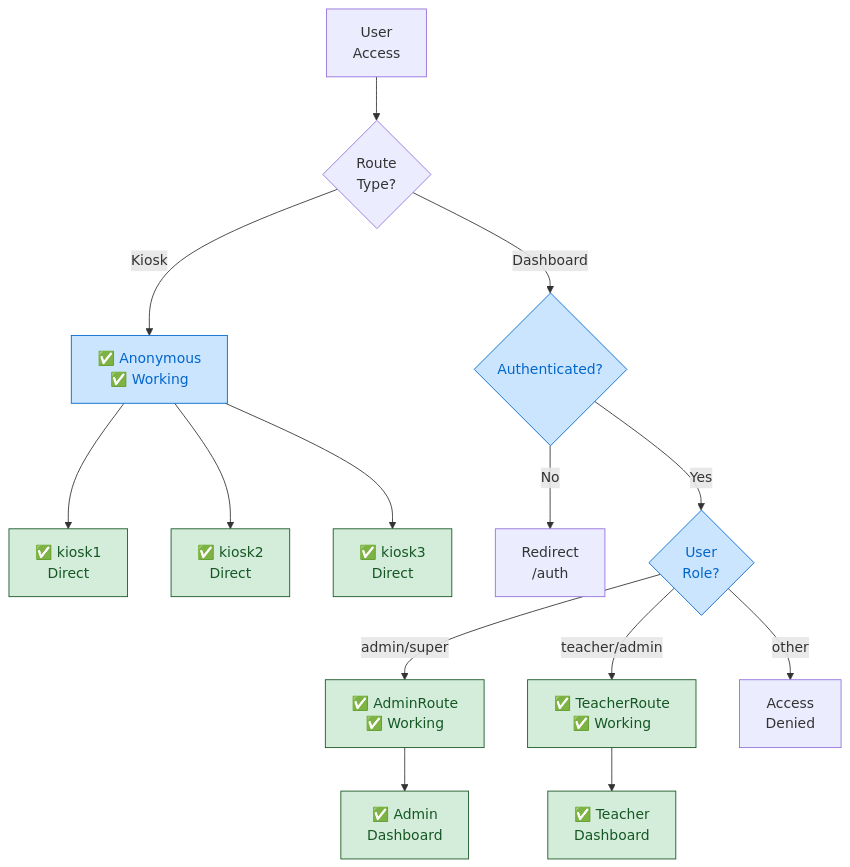
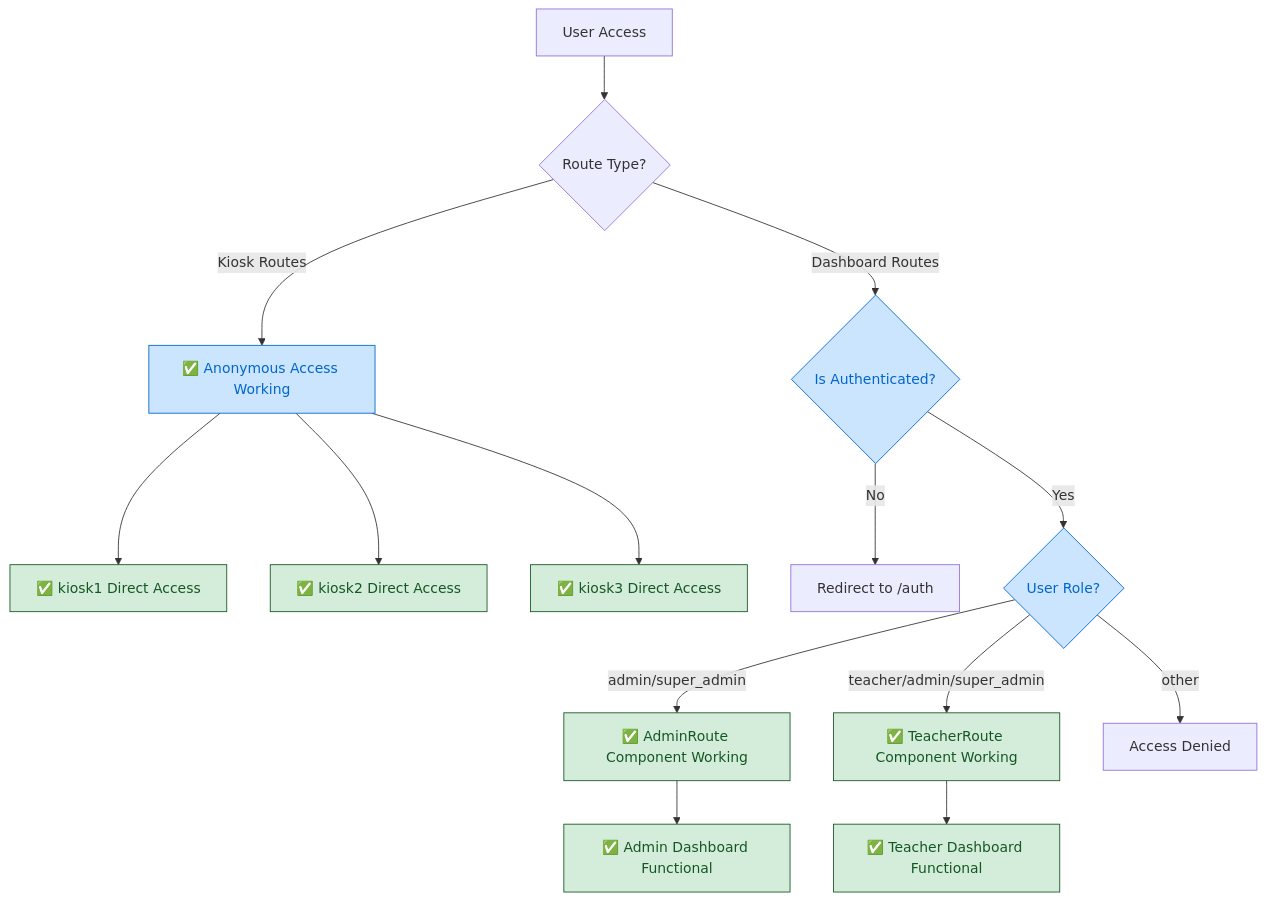
The first of 4 diagrams in docs/flowcharts/Current-State/01-current-authentication-complete.md (Splurfa/bx-os), drawn with Mermaid before and after one commit. The commit also changed other lines of this file and 7 other files, not shown here.

Commit message:
Fix Mermaid text wrapping

````diff
--- a/docs/flowcharts/Current-State/01-current-authentication-complete.md
+++ b/docs/flowcharts/Current-State/01-current-authentication-complete.md
@@ -9,26 +9,26 @@
 ```mermaid
 flowchart TD
-    A[User<br/>Access] --> B{Route<br/>Type?}
-    B -->|Kiosk| C[✅ Anonymous<br/>✅ Working]
-    B -->|Dashboard| D{Authenticated?}
+    A["`User Access`"] --> B{"`Route Type?`"}
+    B -->|Kiosk Routes| C["`✅ Anonymous Access Working`"]
+    B -->|Dashboard Routes| D{"`Is Authenticated?`"}
     
-    C --> E[✅ kiosk1<br/>Direct]
-    C --> F[✅ kiosk2<br/>Direct]
-    C --> G[✅ kiosk3<br/>Direct]
+    C --> E["`✅ kiosk1 Direct Access`"]
+    C --> F["`✅ kiosk2 Direct Access`"]
+    C --> G["`✅ kiosk3 Direct Access`"]
     
-    D -->|No| H[Redirect<br/>/auth]
-    D -->|Yes| I{User<br/>Role?}
+    D -->|No| H["`Redirect to /auth`"]
+    D -->|Yes| I{"`User Role?`"}
     
-    I -->|admin/super| J[✅ AdminRoute<br/>✅ Working]
-    I -->|teacher/admin| K[✅ TeacherRoute<br/>✅ Working]
-    I -->|other| L[Access<br/>Denied]
+    I -->|admin/super_admin| J["`✅ AdminRoute Component Working`"]
+    I -->|teacher/admin/super_admin| K["`✅ TeacherRoute Component Working`"]
+    I -->|other| L["`Access Denied`"]
     
-    J --> M[✅ Admin<br/>Dashboard]
-    K --> N[✅ Teacher<br/>Dashboard]
+    J --> M["`✅ Admin Dashboard Functional`"]
+    K --> N["`✅ Teacher Dashboard Functional`"]
     
     classDef working fill:#d4edda,stroke:#155724,color:#155724
     classDef functional fill:#cce5ff,stroke:#0066cc,color:#0066cc
     
     class E,F,G,J,K,M,N working
     class C,D,I functional
 ```
````
